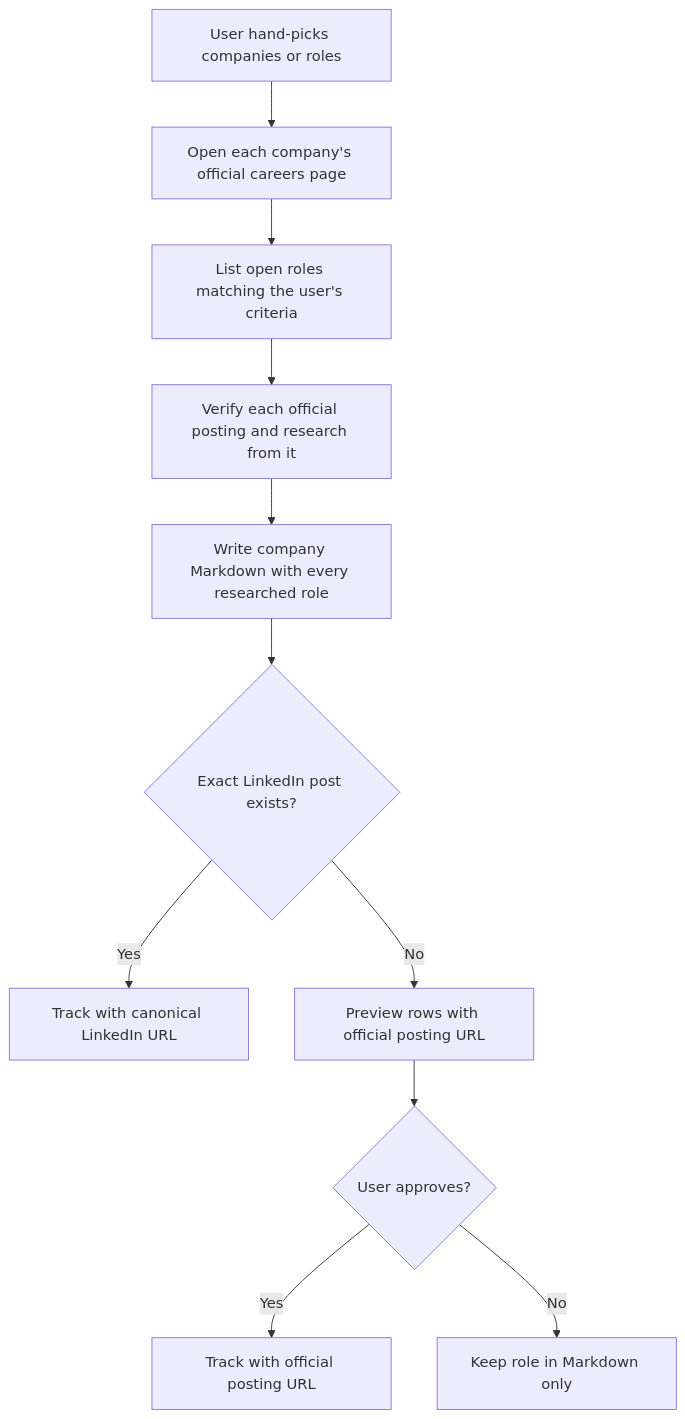
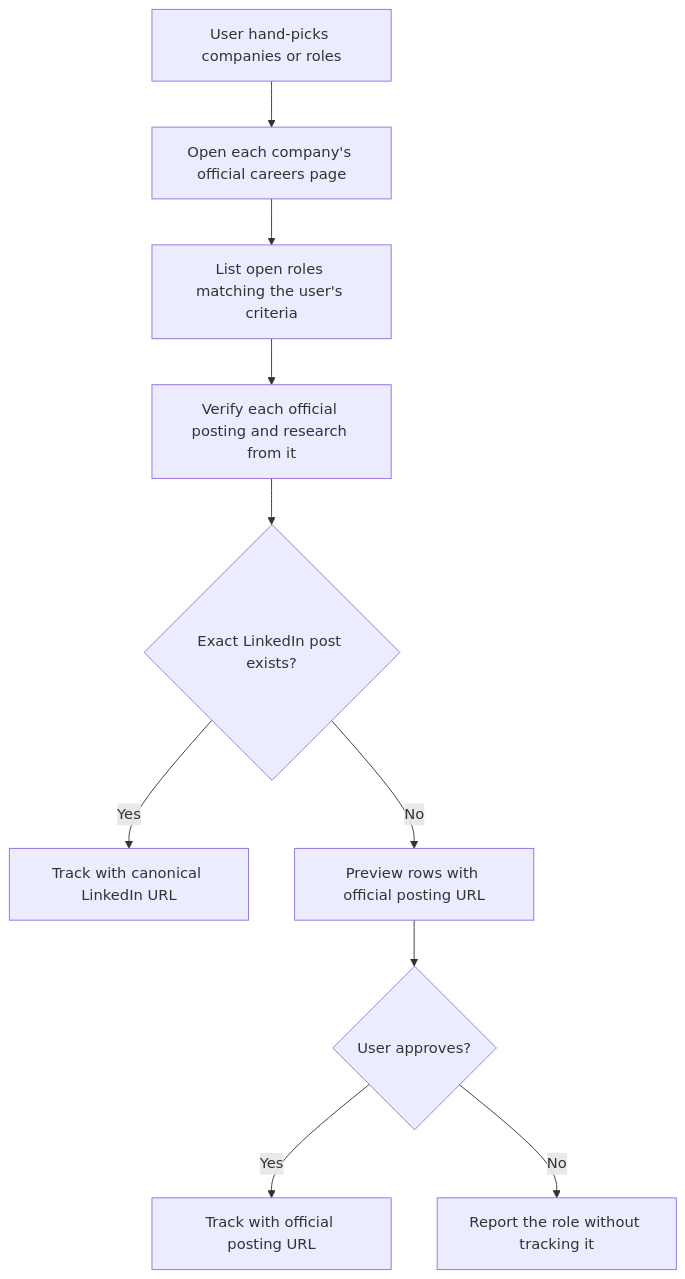
The third of 3 diagrams in linkedin-job-pilot/references/discovery-tracking.md (fsw0422/skills), drawn with Mermaid before and after one commit. The commit also changed other lines of this file and 9 other files, not shown here.

```diff
--- a/linkedin-job-pilot/references/discovery-tracking.md
+++ b/linkedin-job-pilot/references/discovery-tracking.md
@@ -154,13 +134,12 @@
 ~~~mermaid
 flowchart TD
     A[User hand-picks companies or roles] --> B[Open each company's official careers page]
     B --> C[List open roles matching the user's criteria]
     C --> D[Verify each official posting and research from it]
-    D --> E[Write company Markdown with every researched role]
-    E --> F{Exact LinkedIn post exists?}
+    D --> F{Exact LinkedIn post exists?}
     F -- Yes --> G[Track with canonical LinkedIn URL]
     F -- No --> H[Preview rows with official posting URL]
     H --> I{User approves?}
     I -- Yes --> J[Track with official posting URL]
-    I -- No --> K[Keep role in Markdown only]
+    I -- No --> K[Report the role without tracking it]
 ~~~
```
